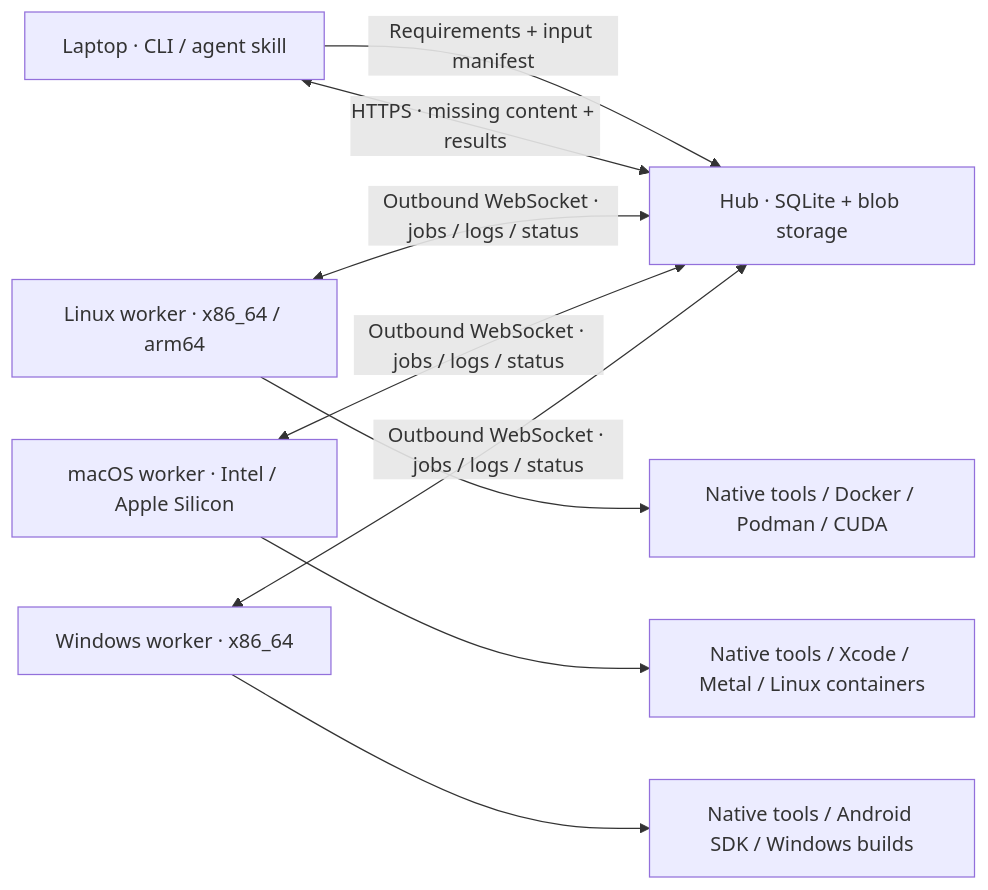
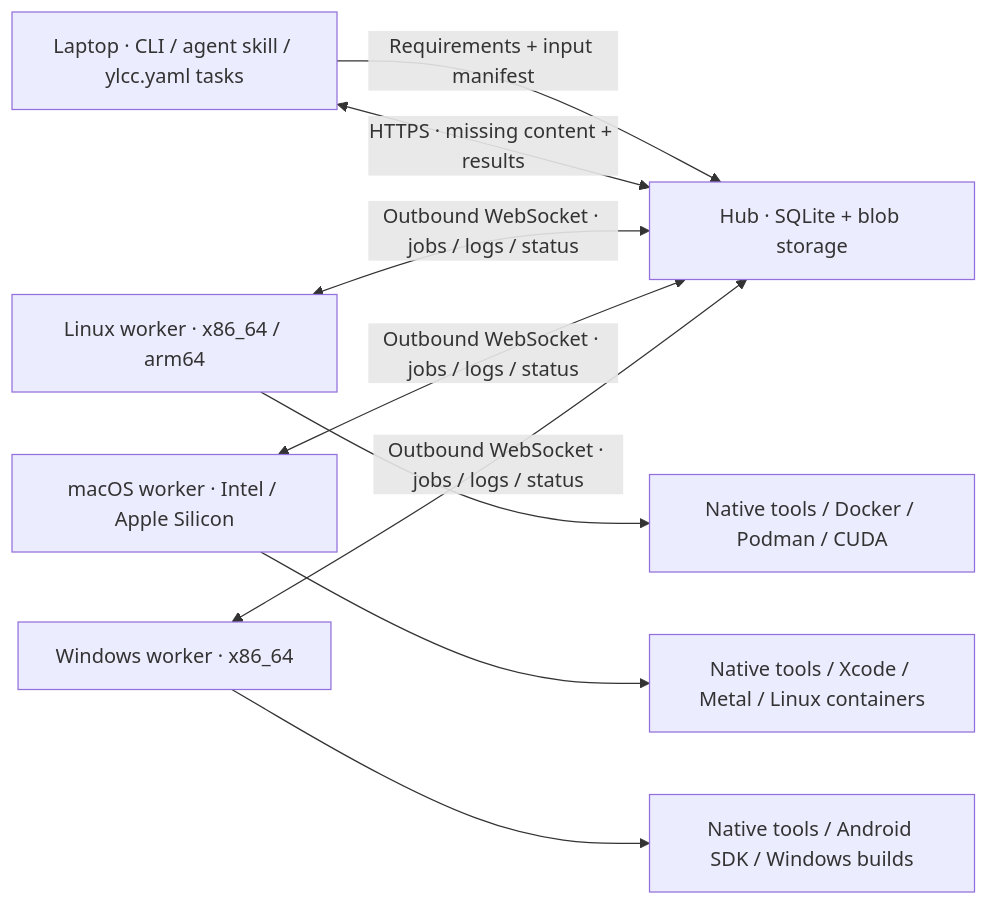
One commit to semanticist21/your-local-cloud-computing changed the first of 2 diagrams in README.md. Above: the diagram before and after it, drawn with Mermaid. The commit also changed other lines of this file, not shown here.

Commit message:
docs(readme): show tasks, targets and worker caches in diagrams

````diff
--- a/README.md
+++ b/README.md
@@ -17,11 +17,11 @@
 ```mermaid
 flowchart LR
-    A["Laptop · CLI / agent skill"] -->|"Requirements + input manifest"| H["Hub · SQLite + blob storage"]
+    A["Laptop · CLI / agent skill / ylcc.yaml tasks"] -->|"Requirements + input manifest"| H["Hub · SQLite + blob storage"]
     A <-->|"HTTPS · missing content + results"| H
     W1["Linux worker · x86_64 / arm64"] <-->|"Outbound WebSocket · jobs / logs / status"| H
     W2["macOS worker · Intel / Apple Silicon"] <-->|"Outbound WebSocket · jobs / logs / status"| H
     W3["Windows worker · x86_64"] <-->|"Outbound WebSocket · jobs / logs / status"| H
     W1 --> C["Native tools / Docker / Podman / CUDA"]
     W2 --> M["Native tools / Xcode / Metal / Linux containers"]
     W3 --> N["Native tools / Android SDK / Windows builds"]
 ```
````
